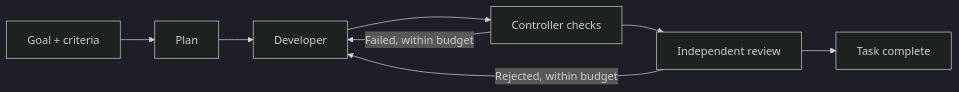
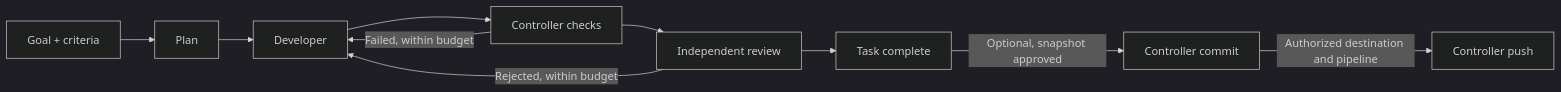
One commit to nunomarques97/forja changed the diagram in README.md. Above: the diagram before and after it, drawn with Mermaid (dark theme). The commit also changed other lines of this file and 20 other files, not shown here.

Commit message:
Isolate controller checks and automate reviewer-approved delivery

````diff
--- a/README.md
+++ b/README.md
@@ -66,10 +66,12 @@
 ```mermaid
 flowchart LR
     Goal[Goal + criteria] --> Plan[Plan]
     Plan --> Build[Developer]
     Build --> Check[Controller checks]
     Check --> Review[Independent review]
     Review --> Done[Task complete]
+    Done -->|Optional, snapshot approved| Commit[Controller commit]
+    Commit -->|Authorized destination and pipeline| Push[Controller push]
     Check -->|Failed, within budget| Build
     Review -->|Rejected, within budget| Build
 ```
````
